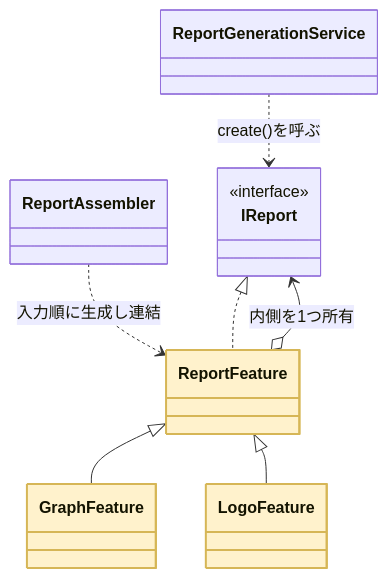
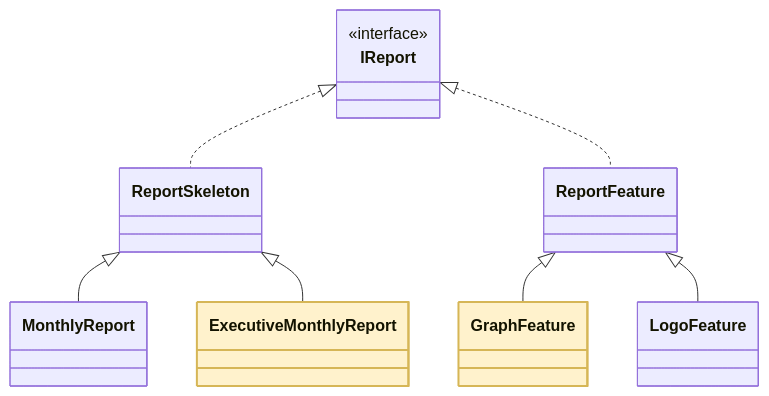
The ninth of 18 diagrams in kindle/design-patterns/output/chapter11.md (kumachan1101-pixel/DesignPattern), drawn with Mermaid before and after one commit. The commit also changed other lines of this file and 5 other files, not shown here.

````diff
--- a/kindle/design-patterns/output/chapter11.md
+++ b/kindle/design-patterns/output/chapter11.md
@@ -1790,19 +1947,19 @@
 ```mermaid
 classDiagram
-    class ReportGenerationService
-    class ReportAssembler
     class IReport { <<interface>> }
+    class ReportSkeleton
+    class MonthlyReport
+    class ExecutiveMonthlyReport
     class ReportFeature
     class GraphFeature
     class LogoFeature
-    ReportGenerationService ..> IReport : create()を呼ぶ
-    ReportAssembler ..> ReportFeature : 入力順に生成し連結
+    IReport <|.. ReportSkeleton
+    ReportSkeleton <|-- MonthlyReport
+    ReportSkeleton <|-- ExecutiveMonthlyReport
     IReport <|.. ReportFeature
-    ReportFeature o--> IReport : 内側を1つ所有
     ReportFeature <|-- GraphFeature
     ReportFeature <|-- LogoFeature
-    class ReportFeature:::focus
+    class ExecutiveMonthlyReport:::focus
     class GraphFeature:::focus
-    class LogoFeature:::focus
     classDef focus fill:#FFF2CC,stroke:#D6B656,stroke-width:2px
 ```
````
